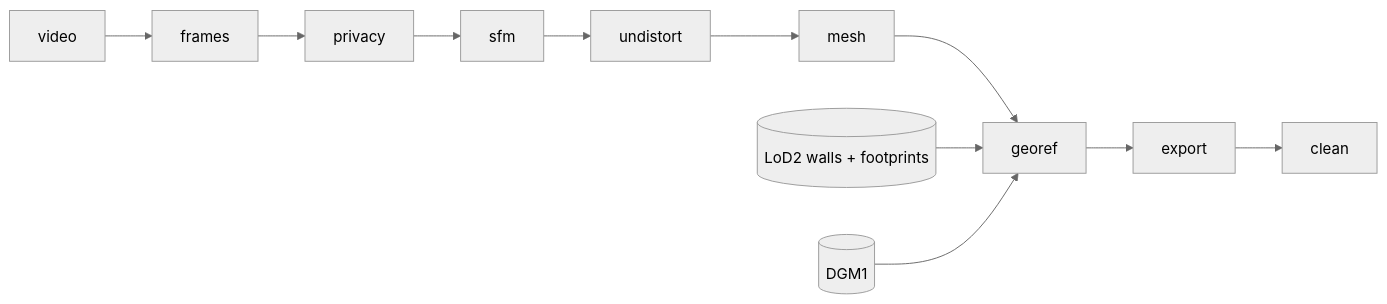
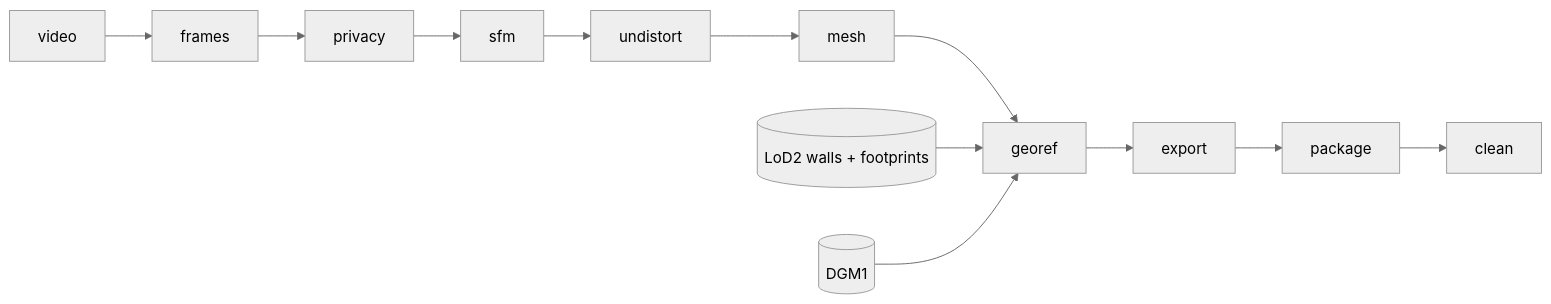
The diagram in tools/capture/README.md (Open-Kirrberg/saar-lidar-explorer), drawn with Mermaid (neutral theme) before and after one commit. The commit also changed other lines of this file and 27 other files, not shown here.

````diff
--- a/tools/capture/README.md
+++ b/tools/capture/README.md
@@ -19,6 +20,6 @@
 ```mermaid
 flowchart LR
-  V[video] --> F[frames] --> P[privacy] --> S[sfm] --> U[undistort] --> M[mesh] --> G[georef] --> E[export] --> C[clean]
+  V[video] --> F[frames] --> P[privacy] --> S[sfm] --> U[undistort] --> M[mesh] --> G[georef] --> E[export] --> K[package] --> C[clean]
   L[(LoD2 walls + footprints)] --> G
   D[(DGM1)] --> G
 ```
````
